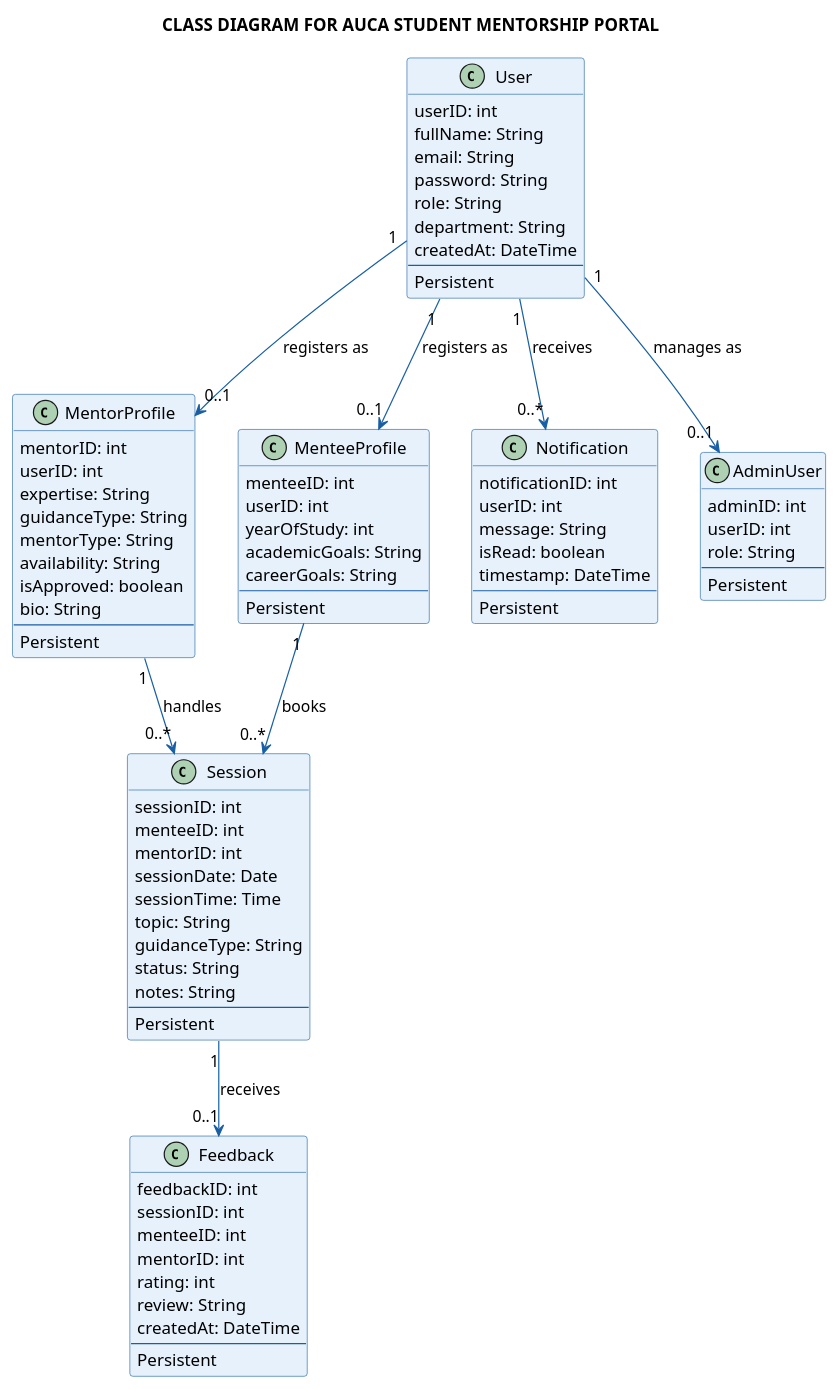
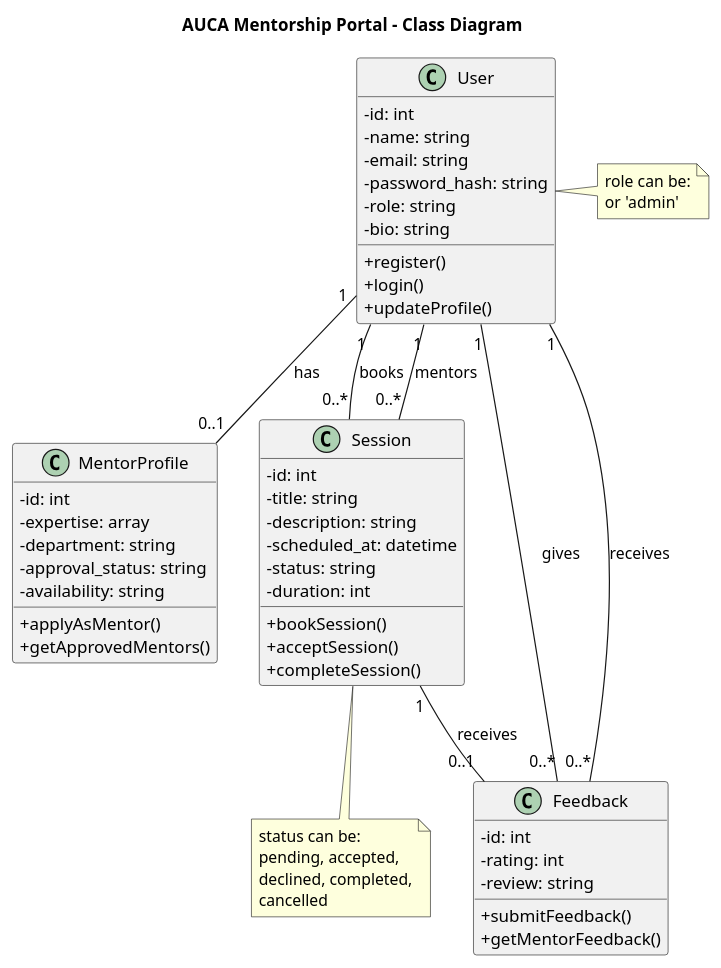
The diagram in diagrams/class.puml (confiance22/AUCA-Student-Mentorship-Portal), drawn with PlantUML before and after one commit. The commit also changed 17 other files, not shown here.

```diff
--- a/diagrams/class.puml
+++ b/diagrams/class.puml
@@ -1,100 +1,68 @@
-@startuml AUCA_Mentorship_ClassDiagram
+@startuml
+skinparam classAttributeIconSize 0
 
-skinparam backgroundColor white
-skinparam ArrowColor #185FA5
-skinparam classBackgroundColor #E6F1FB
-skinparam classBorderColor #185FA5
-skinparam classAttributeIconSize 0
-skinparam CircledCharacterFontSize 11
-skinparam CircledCharacterRadius 10
-
-title CLASS DIAGRAM FOR AUCA STUDENT MENTORSHIP PORTAL
+title AUCA Mentorship Portal - Class Diagram
 
 class User {
-    userID: int
-    fullName: String
-    email: String
-    password: String
-    role: String
-    department: String
-    createdAt: DateTime
-    --
-    Persistent
+  -id: int
+  -name: string
+  -email: string
+  -password_hash: string
+  -role: string
+  -bio: string
+  +register()
+  +login()
+  +updateProfile()
 }
 
 class MentorProfile {
-    mentorID: int
-    userID: int
-    expertise: String
-    guidanceType: String
-    mentorType: String
-    availability: String
-    isApproved: boolean
-    bio: String
-    --
-    Persistent
-}
-
-class MenteeProfile {
-    menteeID: int
-    userID: int
-    yearOfStudy: int
-    academicGoals: String
-    careerGoals: String
-    --
-    Persistent
+  -id: int
+  -expertise: array
+  -department: string
+  -approval_status: string
+  -availability: string
+  +applyAsMentor()
+  +getApprovedMentors()
 }
 
 class Session {
-    sessionID: int
-    menteeID: int
-    mentorID: int
-    sessionDate: Date
-    sessionTime: Time
-    topic: String
-    guidanceType: String
-    status: String
-    notes: String
-    --
-    Persistent
+  -id: int
+  -title: string
+  -description: string
+  -scheduled_at: datetime
+  -status: string
+  -duration: int
+  +bookSession()
+  +acceptSession()
+  +completeSession()
 }
 
 class Feedback {
-    feedbackID: int
-    sessionID: int
-    menteeID: int
-    mentorID: int
-    rating: int
-    review: String
-    createdAt: DateTime
-    --
-    Persistent
+  -id: int
+  -rating: int
+  -review: string
+  +submitFeedback()
+  +getMentorFeedback()
 }
 
-class Notification {
-    notificationID: int
-    userID: int
-    message: String
-    isRead: boolean
-    timestamp: DateTime
-    --
-    Persistent
-}
+User "1" -- "0..1" MentorProfile : has
+User "1" -- "0..*" Session : books
+User "1" -- "0..*" Session : mentors
+Session "1" -- "0..1" Feedback : receives
+User "1" -- "0..*" Feedback : gives
+User "1" -- "0..*" Feedback : receives
 
-class AdminUser {
-    adminID: int
-    userID: int
-    role: String
-    --
-    Persistent
-}
+note right of User
+  role can be:
+  'mentee', 'mentor', 
+  or 'admin'
+end note
 
-User "1" --> "0..1" MentorProfile : registers as
-User "1" --> "0..1" MenteeProfile : registers as
-User "1" --> "0..1" AdminUser : manages as
-MenteeProfile "1" --> "0..*" Session : books
-MentorProfile "1" --> "0..*" Session : handles
-Session "1" --> "0..1" Feedback : receives
-User "1" --> "0..*" Notification : receives
+note bottom of Session
+  status can be:
+  pending, accepted,
+  declined, completed,
+  cancelled
+end note
 
 @enduml
```
